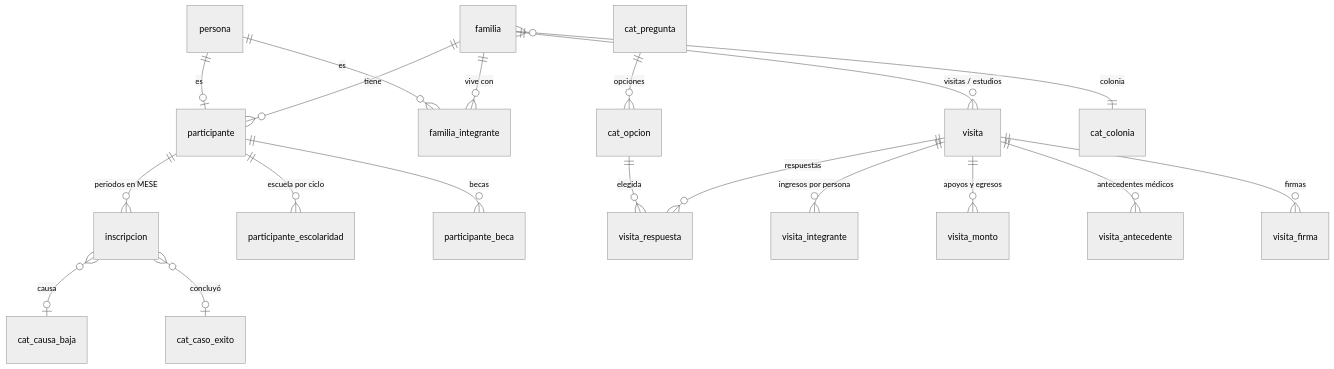
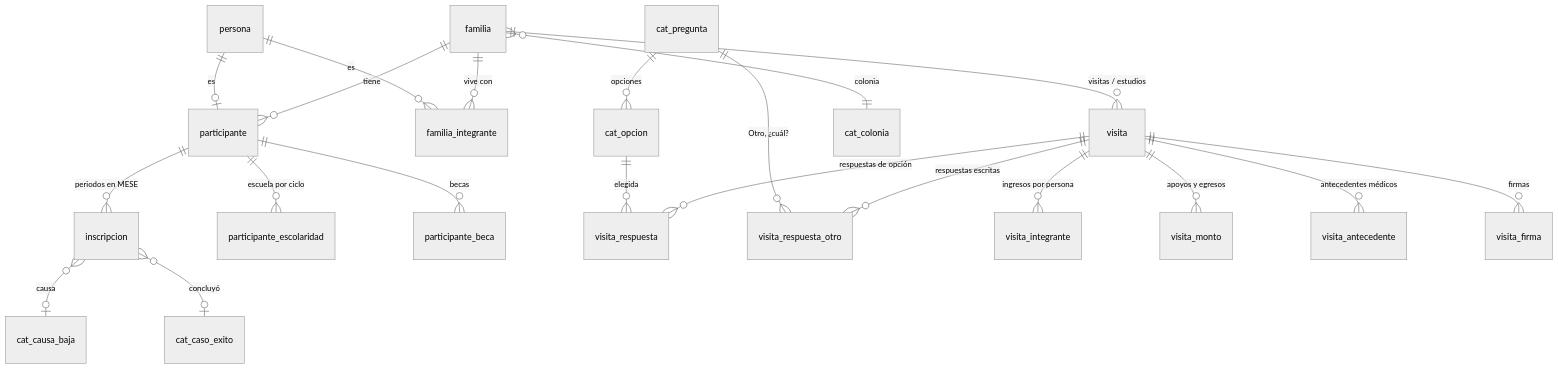
One commit to softweeird-creator/Mese_WebApp changed the diagram in db/README.md. Above: the diagram before and after it, drawn with Mermaid (neutral theme). The commit also changed other lines of this file and 8 other files, not shown here.

````diff
--- a/db/README.md
+++ b/db/README.md
@@ -37,21 +37,23 @@
 ```mermaid
 erDiagram
     familia ||--o{ participante : "tiene"
     familia ||--o{ familia_integrante : "vive con"
     persona ||--o| participante : "es"
     persona ||--o{ familia_integrante : "es"
     participante ||--o{ inscripcion : "periodos en MESE"
     participante ||--o{ participante_escolaridad : "escuela por ciclo"
     participante ||--o{ participante_beca : "becas"
     familia ||--o{ visita : "visitas / estudios"
-    visita ||--o{ visita_respuesta : "respuestas"
+    visita ||--o{ visita_respuesta : "respuestas de opción"
+    visita ||--o{ visita_respuesta_otro : "respuestas escritas"
     visita ||--o{ visita_integrante : "ingresos por persona"
     visita ||--o{ visita_monto : "apoyos y egresos"
     visita ||--o{ visita_antecedente : "antecedentes médicos"
     visita ||--o{ visita_firma : "firmas"
     cat_pregunta ||--o{ cat_opcion : "opciones"
     cat_opcion ||--o{ visita_respuesta : "elegida"
+    cat_pregunta ||--o{ visita_respuesta_otro : "Otro, ¿cuál?"
     familia }o--|| cat_colonia : "colonia"
     inscripcion }o--o| cat_causa_baja : "causa"
     inscripcion }o--o| cat_caso_exito : "concluyó"
 ```
````
